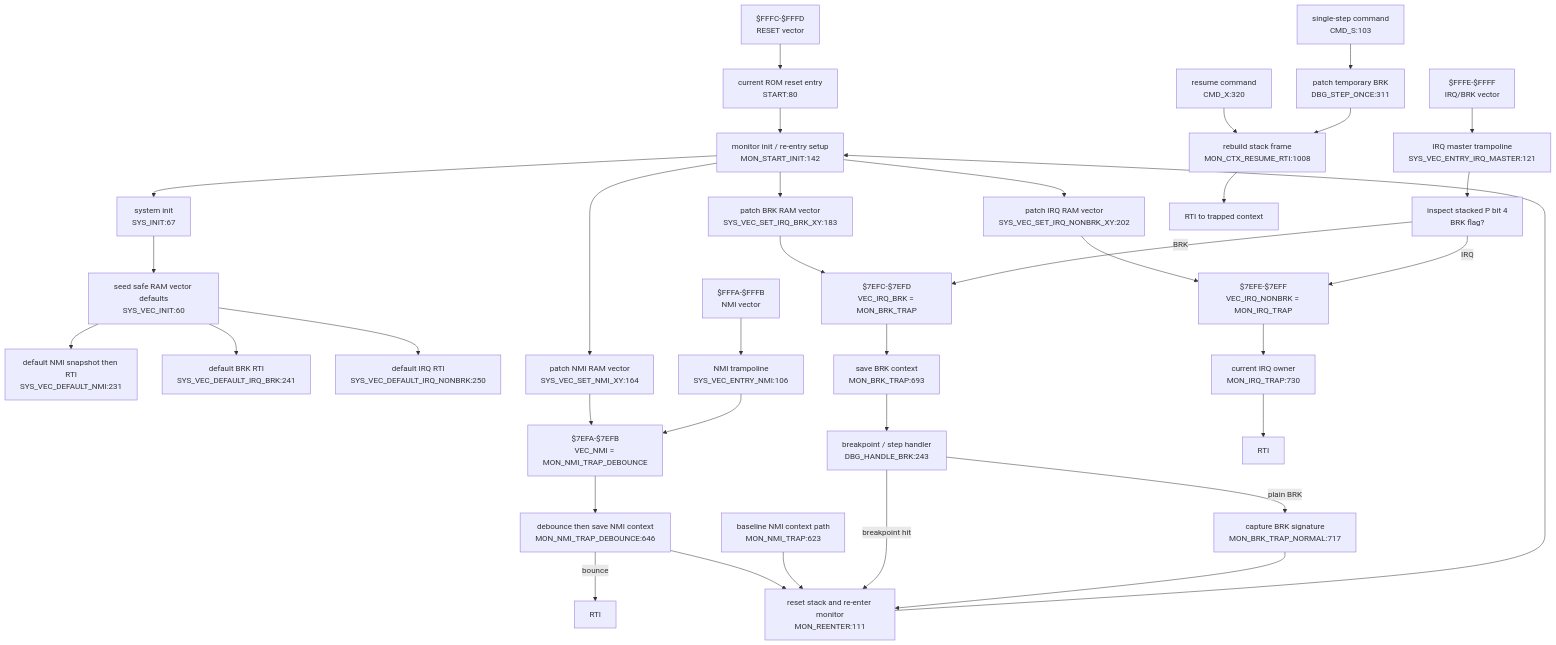
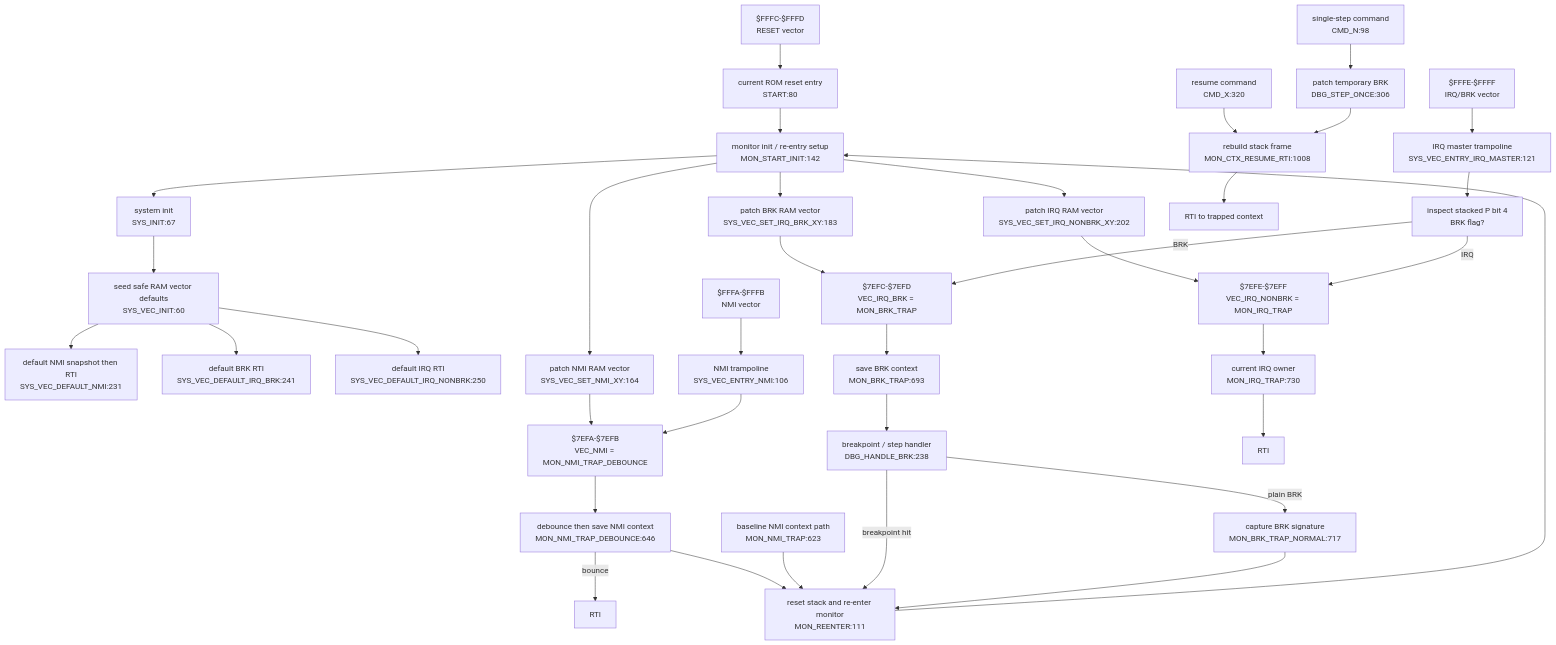
The diagram in DOC/GENERATED/INTERRUPT_VECTOR_MAP.md (95westus/R-YORS), drawn with Mermaid before and after one commit. The commit also changed other lines of this file and 89 other files, not shown here.

````diff
--- a/DOC/GENERATED/INTERRUPT_VECTOR_MAP.md
+++ b/DOC/GENERATED/INTERRUPT_VECTOR_MAP.md
@@ -25,42 +25,42 @@
 ```mermaid
 flowchart TD
     RESETV["$FFFC-$FFFD<br/>RESET vector"] --> STARTN["current ROM reset entry<br/>START:80"]
     STARTN --> INIT["monitor init / re-entry setup<br/>MON_START_INIT:142"]
     INIT --> SYSINIT["system init<br/>SYS_INIT:67"]
     SYSINIT --> VECINIT["seed safe RAM vector defaults<br/>SYS_VEC_INIT:60"]
     VECINIT --> DEFNMI["default NMI snapshot then RTI<br/>SYS_VEC_DEFAULT_NMI:231"]
     VECINIT --> DEFBRK["default BRK RTI<br/>SYS_VEC_DEFAULT_IRQ_BRK:241"]
     VECINIT --> DEFIRQ["default IRQ RTI<br/>SYS_VEC_DEFAULT_IRQ_NONBRK:250"]
 
     INIT --> SETNMI["patch NMI RAM vector<br/>SYS_VEC_SET_NMI_XY:164"]
     INIT --> SETBRK["patch BRK RAM vector<br/>SYS_VEC_SET_IRQ_BRK_XY:183"]
     INIT --> SETIRQ["patch IRQ RAM vector<br/>SYS_VEC_SET_IRQ_NONBRK_XY:202"]
     SETNMI --> VECNMI["$7EFA-$7EFB<br/>VEC_NMI = MON_NMI_TRAP_DEBOUNCE"]
     SETBRK --> VECBRK["$7EFC-$7EFD<br/>VEC_IRQ_BRK = MON_BRK_TRAP"]
     SETIRQ --> VECIRQ["$7EFE-$7EFF<br/>VEC_IRQ_NONBRK = MON_IRQ_TRAP"]
 
     NMIV["$FFFA-$FFFB<br/>NMI vector"] --> NMIENTRY["NMI trampoline<br/>SYS_VEC_ENTRY_NMI:106"]
     NMIENTRY --> VECNMI
     VECNMI --> NMITRAP["debounce then save NMI context<br/>MON_NMI_TRAP_DEBOUNCE:646"]
     NMITRAP -->|bounce| RTINMI["RTI"]
     NMITRAP --> REENTER["reset stack and re-enter monitor<br/>MON_REENTER:111"]
     NMIBASE["baseline NMI context path<br/>MON_NMI_TRAP:623"] --> REENTER
     REENTER --> INIT
 
     IRQV["$FFFE-$FFFF<br/>IRQ/BRK vector"] --> IRQMASTER["IRQ master trampoline<br/>SYS_VEC_ENTRY_IRQ_MASTER:121"]
     IRQMASTER --> SPLIT["inspect stacked P bit 4<br/>BRK flag?"]
     SPLIT -->|BRK| VECBRK
     SPLIT -->|IRQ| VECIRQ
     VECBRK --> BRKTRAP["save BRK context<br/>MON_BRK_TRAP:693"]
-    BRKTRAP --> DBGBRK["breakpoint / step handler<br/>DBG_HANDLE_BRK:243"]
+    BRKTRAP --> DBGBRK["breakpoint / step handler<br/>DBG_HANDLE_BRK:238"]
     DBGBRK -->|breakpoint hit| REENTER
     DBGBRK -->|plain BRK| BRKNORMAL["capture BRK signature<br/>MON_BRK_TRAP_NORMAL:717"]
     BRKNORMAL --> REENTER
     VECIRQ --> IRQTRAP["current IRQ owner<br/>MON_IRQ_TRAP:730"]
     IRQTRAP --> RTIIRQ["RTI"]
 
     CMDX["resume command<br/>CMD_X:320"] --> RESUME["rebuild stack frame<br/>MON_CTX_RESUME_RTI:1008"]
-    CMDS["single-step command<br/>CMD_S:103"] --> STEP["patch temporary BRK<br/>DBG_STEP_ONCE:311"]
+    CMDN["single-step command<br/>CMD_N:98"] --> STEP["patch temporary BRK<br/>DBG_STEP_ONCE:306"]
     STEP --> RESUME
     RESUME --> RTIRES["RTI to trapped context"]
 ```
````
